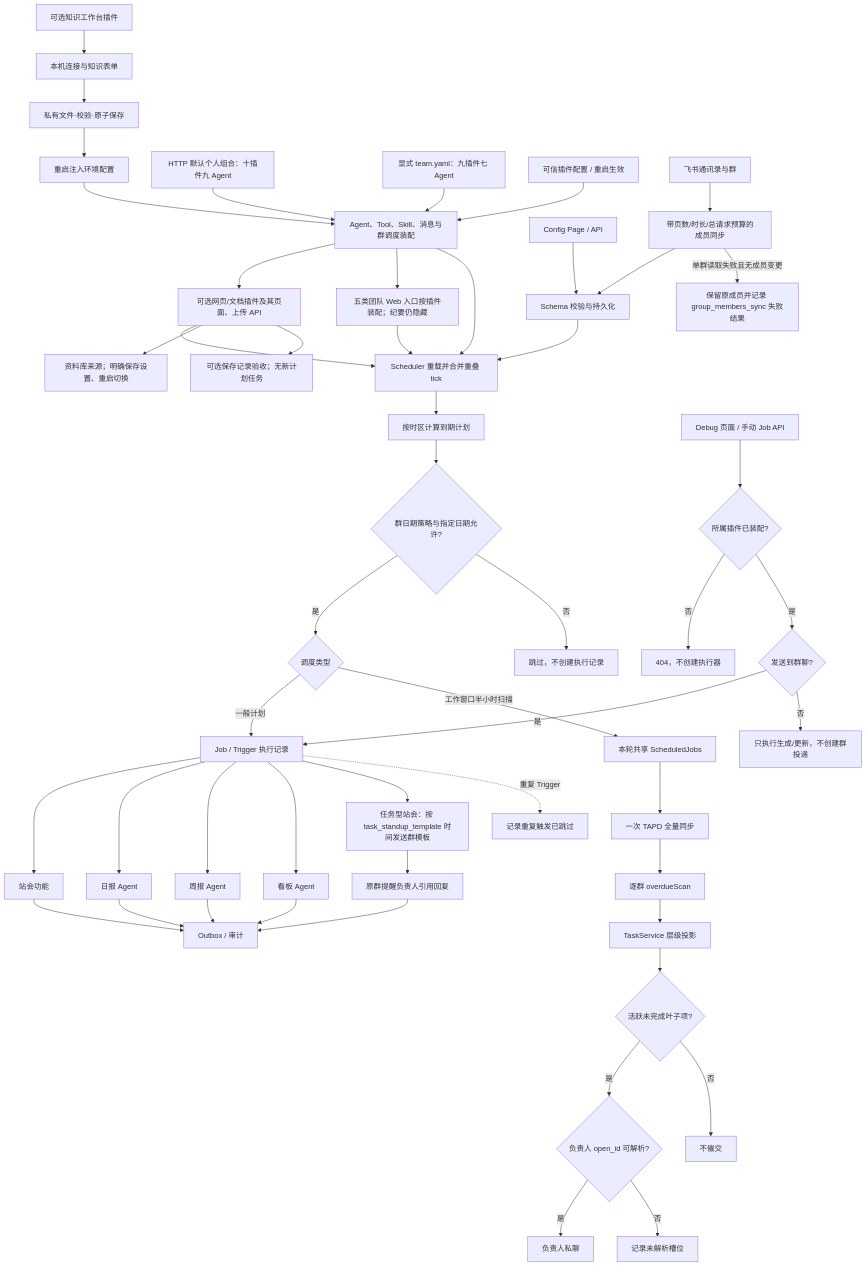
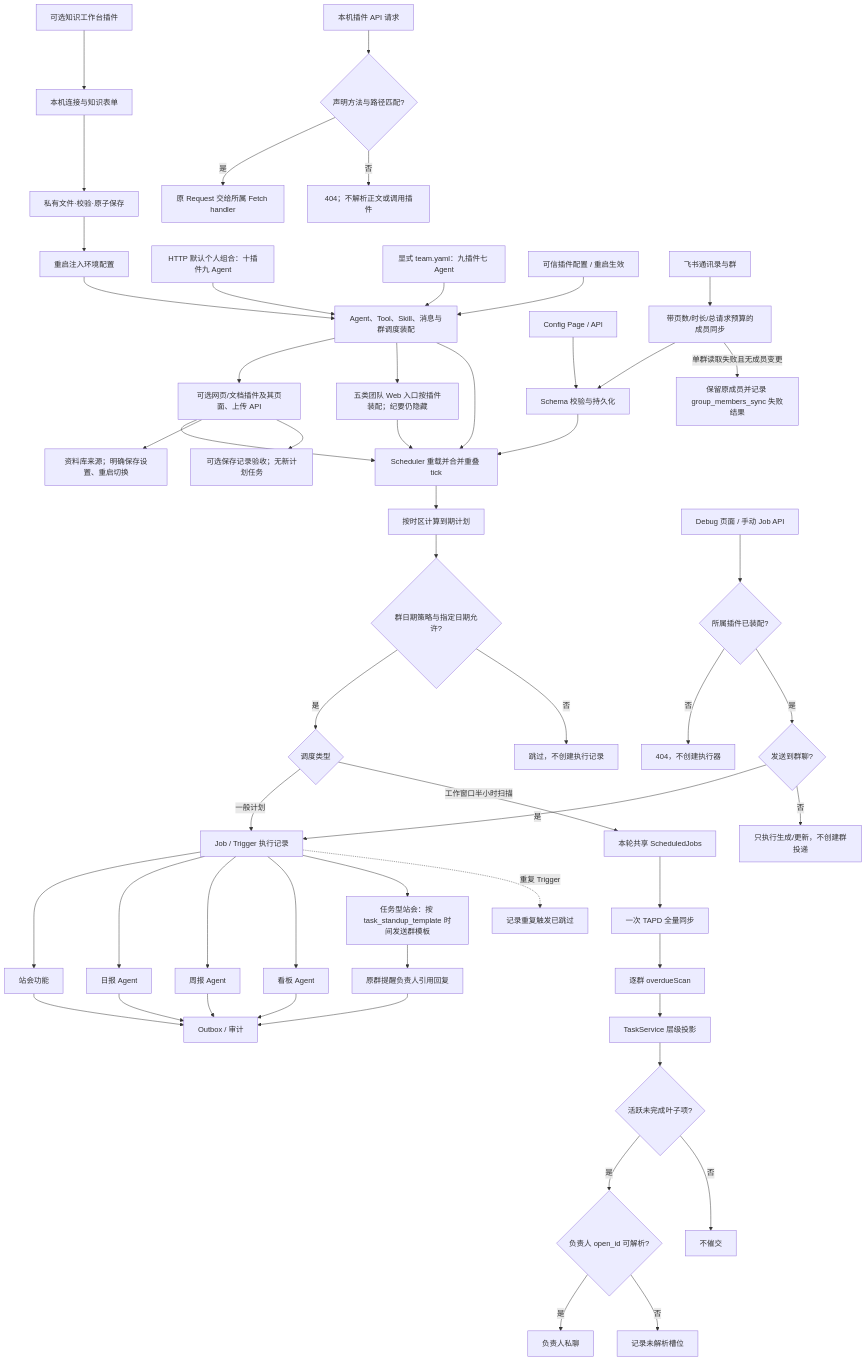
One commit to KlayPeter/AI-Delivery-Ops-Agent changed the first of 2 diagrams in backend/src/core/configuration-scheduling/FEATURE.md. Above: the diagram before and after it, drawn with Mermaid. The commit also changed other lines of this file and 7 other files, not shown here.

````diff
--- a/backend/src/core/configuration-scheduling/FEATURE.md
+++ b/backend/src/core/configuration-scheduling/FEATURE.md
@@ -21,53 +21,56 @@
 ```mermaid
 flowchart TD
     KWP[可选知识工作台插件] --> LC[本机连接与知识表单]
     LC --> LF[私有文件·校验·原子保存]
     LF --> BOOT[重启注入环境配置]
     BOOT --> PH
     PERSONAL[HTTP 默认个人组合：十插件九 Agent] --> PH
     TEAM[显式 team.yaml：九插件七 Agent] --> PH
     PC["可信插件配置 / 重启生效"] --> PH["Agent、Tool、Skill、消息与群调度装配"]
     PH --> COL[可选网页/文档插件及其页面、上传 API]
     COL --> E
     PH --> VIS[五类团队 Web 入口按插件装配；纪要仍隐藏]
+    WREQ[本机插件 API 请求] --> WMATCH{声明方法与路径匹配?}
+    WMATCH -- 是 --> WHANDLER[原 Request 交给所属 Fetch handler]
+    WMATCH -- 否 --> W404[404；不解析正文或调用插件]
     VIS --> E
     PH --> E
     A["Config Page / API"] --> B["Schema 校验与持久化"]
     C["飞书通讯录与群"] --> D["带页数/时长/总请求预算的成员同步"]
     D --> B
     D -- 单群读取失败且无成员变更 --> MSFAIL[保留原成员并记录 group_members_sync 失败结果]
     B --> E["Scheduler 重载并合并重叠 tick"]
     E --> F["按时区计算到期计划"]
     F --> HC{"群日期策略与指定日期允许?"}
     HC -- "是" --> L{"调度类型"}
     HC -- "否" --> HS["跳过，不创建执行记录"]
     L -- "一般计划" --> G["Job / Trigger 执行记录"]
     L -- "工作窗口半小时扫描" --> S["本轮共享 ScheduledJobs"]
     S --> T["一次 TAPD 全量同步"]
     T --> M["逐群 overdueScan"]
     M --> P["TaskService 层级投影"]
     P --> Q{"活跃未完成叶子项?"}
     Q -- "是" --> V{"负责人 open_id 可解析?"}
     Q -- "否" --> R["不催交"]
     V -- "是" --> N["负责人私聊"]
     V -- "否" --> U["记录未解析槽位"]
     G --> H["站会功能"]
     G --> I["日报 Agent"]
     G --> W["周报 Agent"]
     G --> J["看板 Agent"]
     D2["Debug 页面 / 手动 Job API"] --> OWNER{所属插件已装配?}
     OWNER -- 否 --> REJECT[404，不创建执行器]
     OWNER -- 是 --> G2{"发送到群聊?"}
     G2 -- "是" --> G
     G2 -- "否" --> U2["只执行生成/更新，不创建群投递"]
     H --> K["Outbox / 审计"]
     G --> TS["任务型站会：按 task_standup_template 时间发送群模板"]
     TS --> TR["原群提醒负责人引用回复"]
     TR --> K
     I --> K
     W --> K
     J --> K
     G -. "重复 Trigger" .-> X["记录重复触发已跳过"]
     COL --> KLIB[资料库来源；明确保存设置、重启切换]
     COL --> QCR[可选保存记录验收；无新计划任务]
 ```
````
